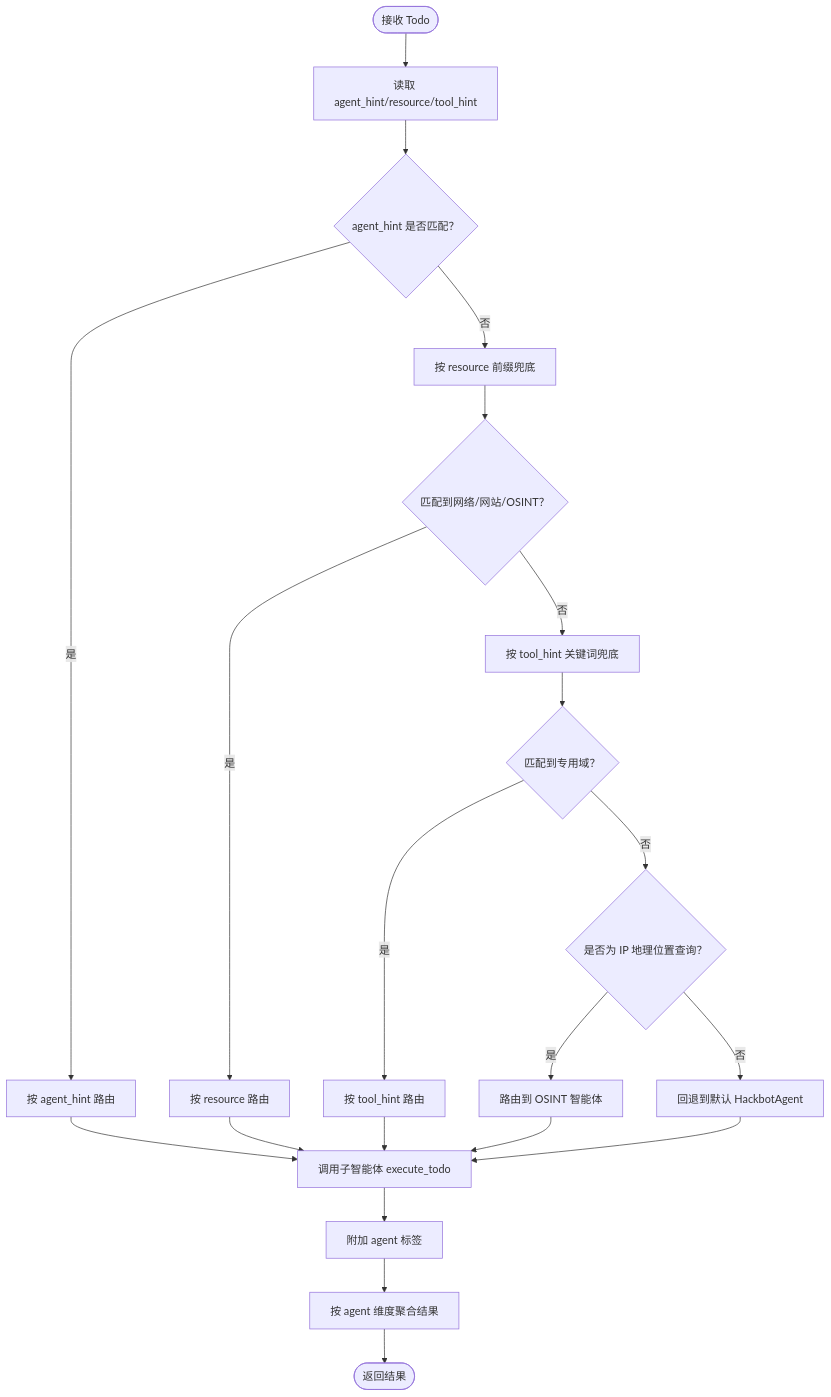
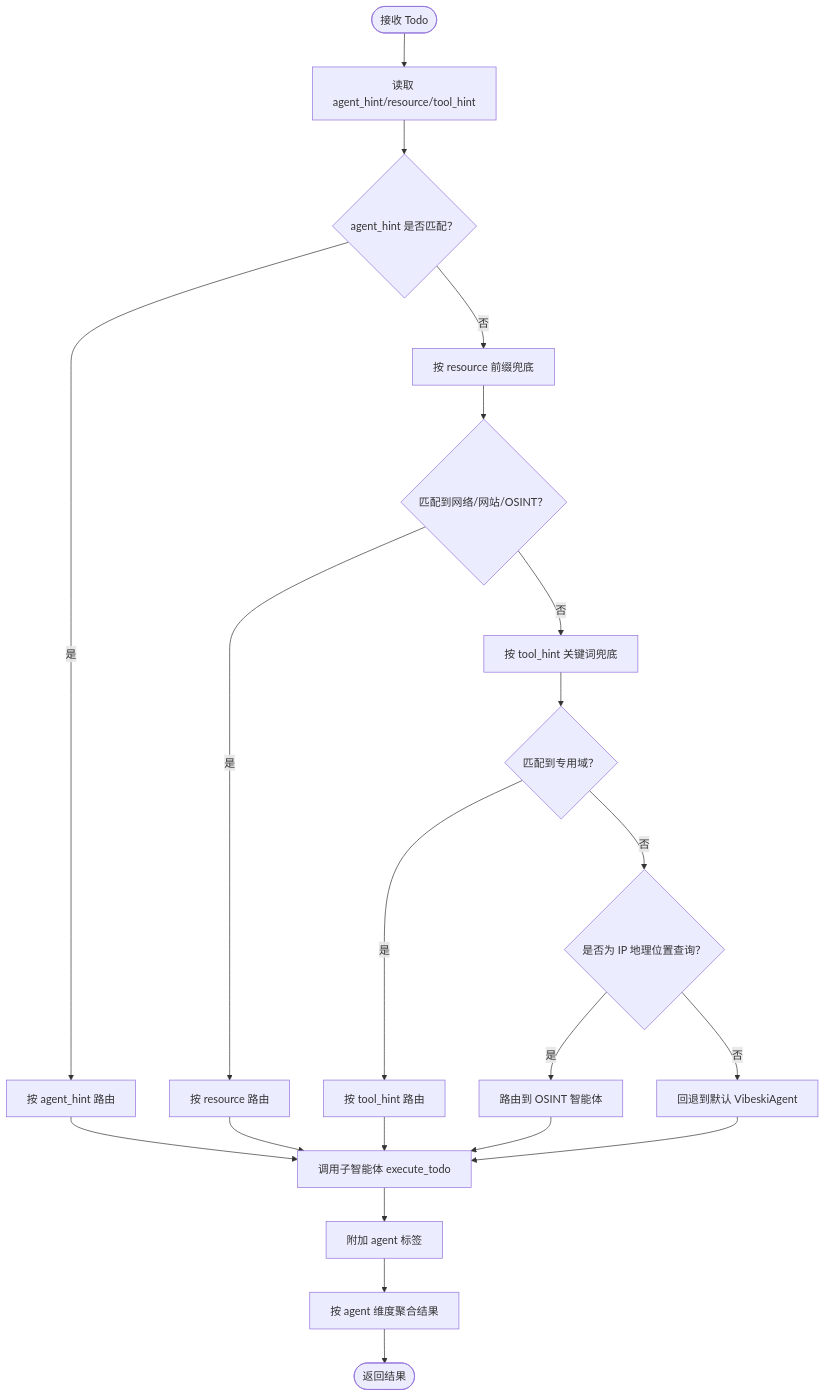
One commit to crabin/VIBESKI changed the third of 7 diagrams in .qoder/repowiki/zh/content/项目概述/核心功能特性/多智能体协作系统/多智能体协作系统.md. Above: the diagram before and after it, drawn with Mermaid. The commit also changed other lines of this file and 170 other files, not shown here.

Commit message:
chore: rename all secbot/hackbot identifiers to vibeski

````diff
--- a/.qoder/repowiki/zh/content/项目概述/核心功能特性/多智能体协作系统/多智能体协作系统.md
+++ b/.qoder/repowiki/zh/content/项目概述/核心功能特性/多智能体协作系统/多智能体协作系统.md
@@ -187,23 +187,23 @@
 ```mermaid
 flowchart TD
 Start(["接收 Todo"]) --> Hint["读取 agent_hint/resource/tool_hint"]
 Hint --> CheckHint{"agent_hint 是否匹配？"}
 CheckHint --> |是| RouteByHint["按 agent_hint 路由"]
 CheckHint --> |否| CheckRes["按 resource 前缀兜底"]
 CheckRes --> ResMatch{"匹配到网络/网站/OSINT？"}
 ResMatch --> |是| RouteByRes["按 resource 路由"]
 ResMatch --> |否| CheckTool["按 tool_hint 关键词兜底"]
 CheckTool --> ToolMatch{"匹配到专用域？"}
 ToolMatch --> |是| RouteByTool["按 tool_hint 路由"]
 ToolMatch --> |否| CheckIpGeo{"是否为 IP 地理位置查询？"}
 CheckIpGeo --> |是| RouteToOsint["路由到 OSINT 智能体"]
-CheckIpGeo --> |否| Fallback["回退到默认 HackbotAgent"]
+CheckIpGeo --> |否| Fallback["回退到默认 VibeskiAgent"]
 RouteByHint --> Exec["调用子智能体 execute_todo"]
 RouteByRes --> Exec
 RouteByTool --> Exec
 RouteToOsint --> Exec
 Fallback --> Exec
 Exec --> Tag["附加 agent 标签"]
 Tag --> Aggregate["按 agent 维度聚合结果"]
 Aggregate --> End(["返回结果"])
 ```
````
